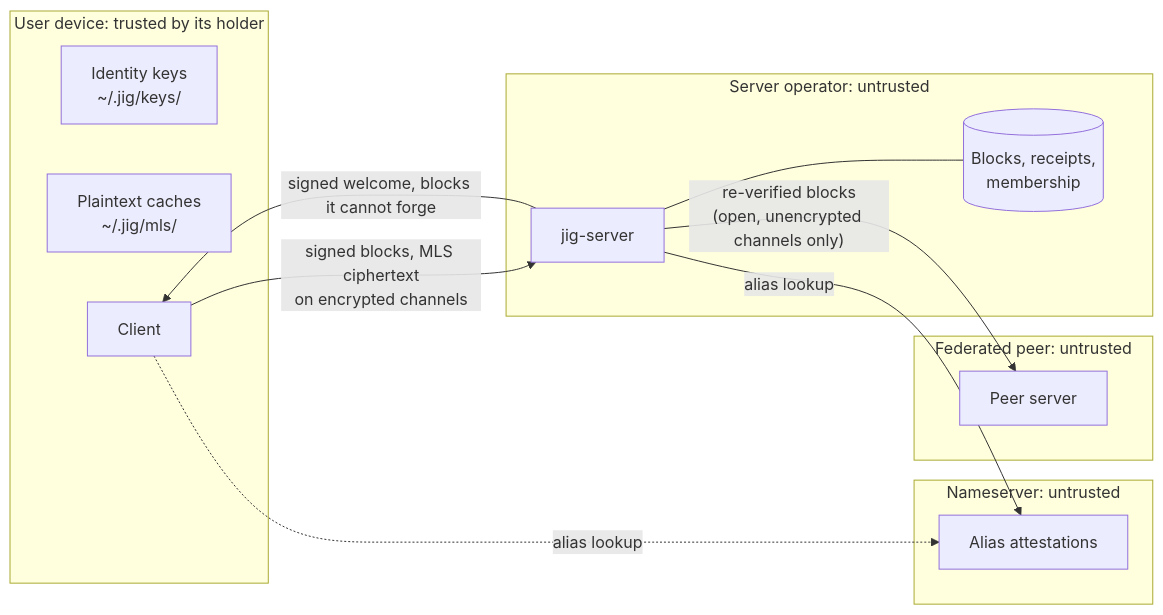
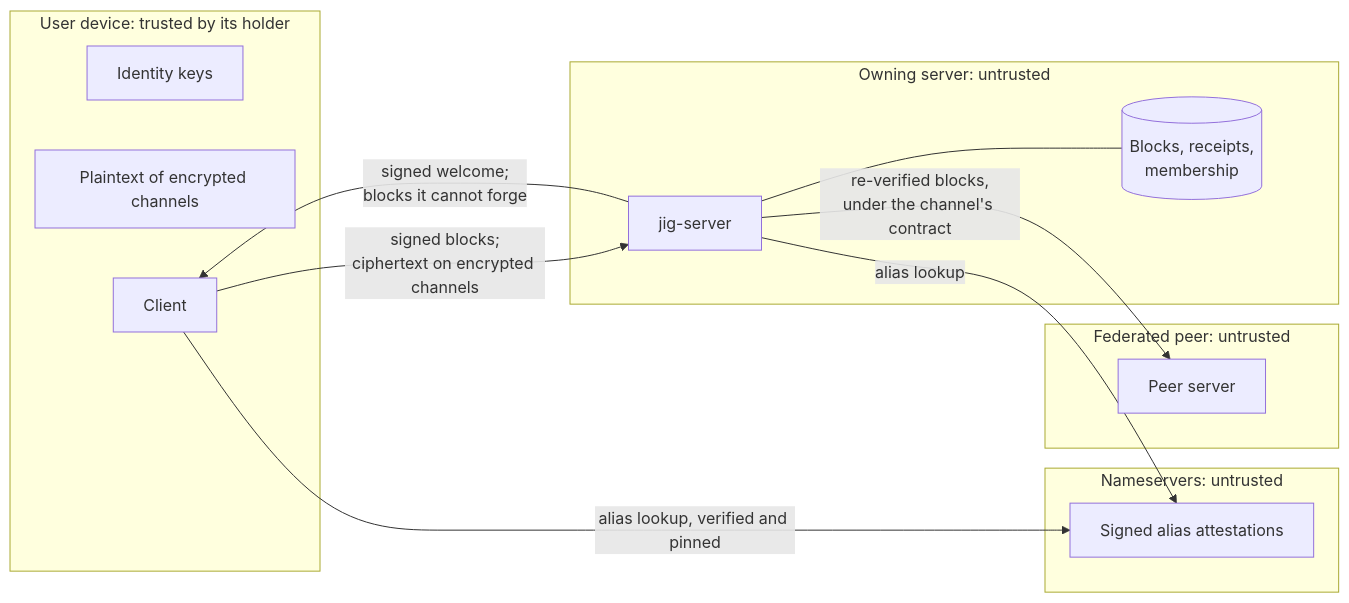
The first of 3 diagrams in docs/whitepaper/trust-federation-identity.md (jig-protocol/jig), drawn with Mermaid before and after one commit. The commit also changed other lines of this file and 4 other files, not shown here.

````diff
--- a/docs/whitepaper/trust-federation-identity.md
+++ b/docs/whitepaper/trust-federation-identity.md
@@ -103,24 +170,24 @@
 ```mermaid
 flowchart LR
     subgraph Device["User device: trusted by its holder"]
-        K["Identity keys<br/>~/.jig/keys/"]
-        P["Plaintext caches<br/>~/.jig/mls/"]
+        K["Identity keys"]
+        P["Plaintext of encrypted channels"]
         C["Client"]
     end
-    subgraph Op["Server operator: untrusted"]
+    subgraph Op["Owning server: untrusted"]
         S["jig-server"]
         DB[("Blocks, receipts,<br/>membership")]
     end
     subgraph Peer["Federated peer: untrusted"]
         S2["Peer server"]
     end
-    subgraph NSB["Nameserver: untrusted"]
-        NS["Alias attestations"]
+    subgraph NSB["Nameservers: untrusted"]
+        NS["Signed alias attestations"]
     end
-    C -- "signed blocks, MLS ciphertext<br/>on encrypted channels" --> S
-    S -- "signed welcome, blocks it cannot forge" --> C
-    S -- "re-verified blocks<br/>(open, unencrypted channels only)" --> S2
+    C -- "signed blocks;<br/>ciphertext on encrypted channels" --> S
+    S -- "signed welcome;<br/>blocks it cannot forge" --> C
+    S -- "re-verified blocks,<br/>under the channel's contract" --> S2
     S -- "alias lookup" --> NS
-    C -. "alias lookup" .-> NS
+    C -- "alias lookup, verified and pinned" --> NS
     S --- DB
 ```
````
